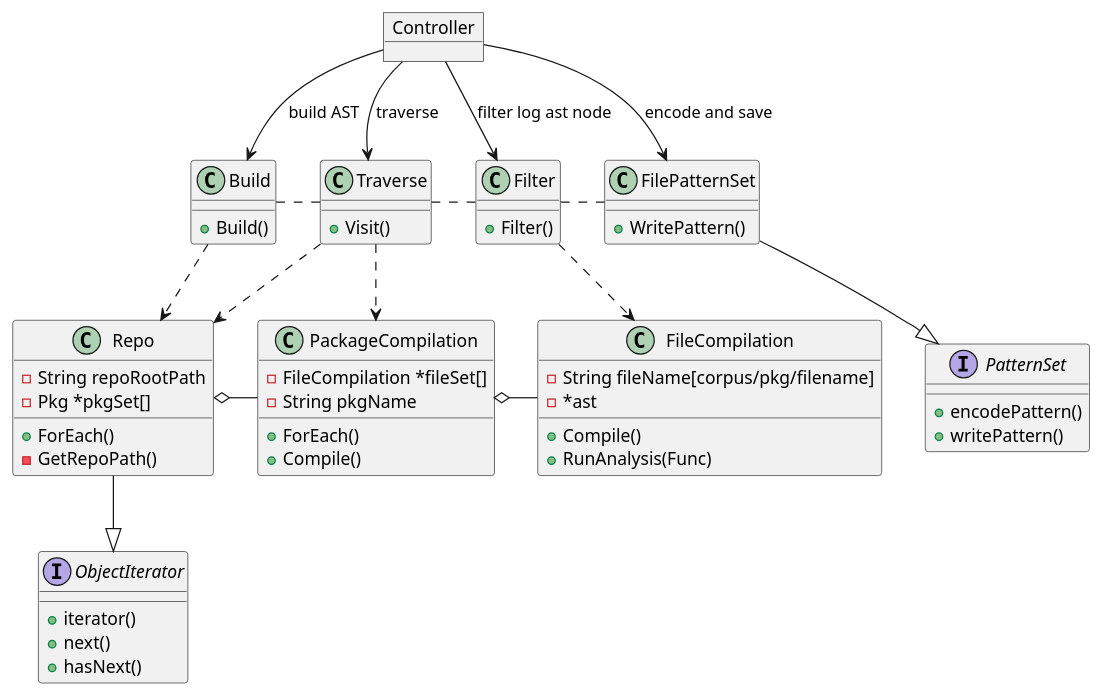
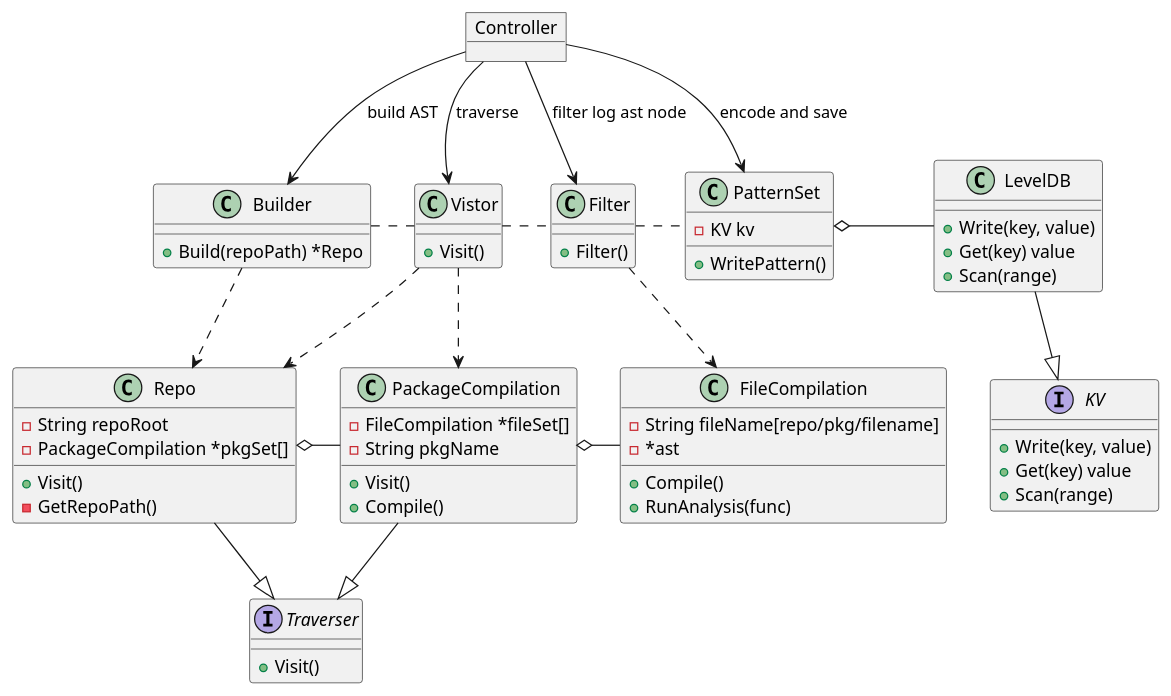
Before and after one commit to IANTHEREAL/logutil: the diagram in logcovuml/logcov-extract.md, drawn with PlantUML. The commit also changed 10 other files, not shown here.

```diff
--- a/logcovuml/logcov-extract.md
+++ b/logcovuml/logcov-extract.md
@@ -1,42 +1,52 @@
 @startuml
 
-interface ObjectIterator {
-    + iterator()
-    + next()
-    + hasNext()
+interface Traverser {
+    + Visit()
 }
 
-interface PatternSet {
-    + encodePattern()
-    + writePattern()
+interface KV {
+    + Write(key, value)
+    + Get(key) value
+    + Scan(range) 
+}
+
+Class LevelDB {
+    + Write(key, value)
+    + Get(key) value
+    + Scan(range) 
+}
+
+Class PatternSet {
+    - KV kv
+    + WritePattern()
 }
 
 class Repo {
-    + ForEach()
+    + Visit()
     - GetRepoPath()
-    - String repoRootPath
-    - Pkg *pkgSet[]
+    - String repoRoot
+    - PackageCompilation *pkgSet[]
 }
 
 class PackageCompilation  {
     - FileCompilation *fileSet[]
     - String pkgName
-    + ForEach()
+    + Visit()
     + Compile()
 }
 
 class FileCompilation {
     + Compile()
-    + RunAnalysis(Func)
-    - String fileName[corpus/pkg/filename]
+    + RunAnalysis(func)
+    - String fileName[repo/pkg/filename]
     - *ast
 }
 
-class Build {
-    + Build()
+class Builder {
+    + Build(repoPath) *Repo
 }
 
-class Traverse {
+class Vistor {
     + Visit()
 }
 
@@ -44,37 +54,35 @@
     + Filter()
 }
 
-class FilePatternSet {
-    + WritePattern()
-}
-
 object Controller
 
-Repo --|> ObjectIterator
-FilePatternSet --|> PatternSet
+Repo --|> Traverser
+PackageCompilation --|> Traverser
+LevelDB --|> KV
 
+PatternSet o-right- LevelDB
 Repo o-right- PackageCompilation
 PackageCompilation o-right- FileCompilation
 
-Build ..> Repo
-Traverse ..> Repo
-Traverse ..> PackageCompilation
+Builder ..> Repo
+Vistor ..> Repo
+Vistor ..> PackageCompilation
 Filter ..> FileCompilation
 
-Build .r. Traverse
-Traverse .r. Filter
-Filter .r. FilePatternSet
+Builder .r. Vistor
+Vistor .r. Filter
+Filter .r. PatternSet
 
-Controller --> Build: build AST
-Controller --> Traverse: traverse
+Controller --> Builder: build AST
+Controller --> Vistor: traverse
 Controller --> Filter: filter log ast node
-Controller --> FilePatternSet: encode and save
+Controller --> PatternSet: encode and save
 
 
 together {
-    class Traverse
+    class Vistor
     class Filter
-    class FilePatternSet
+    class PatternSet
 }
 
 
```
